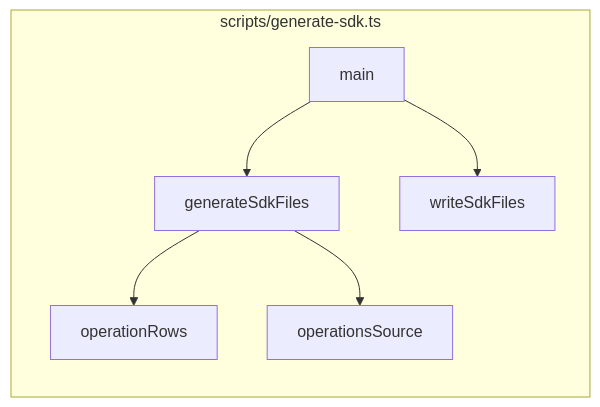
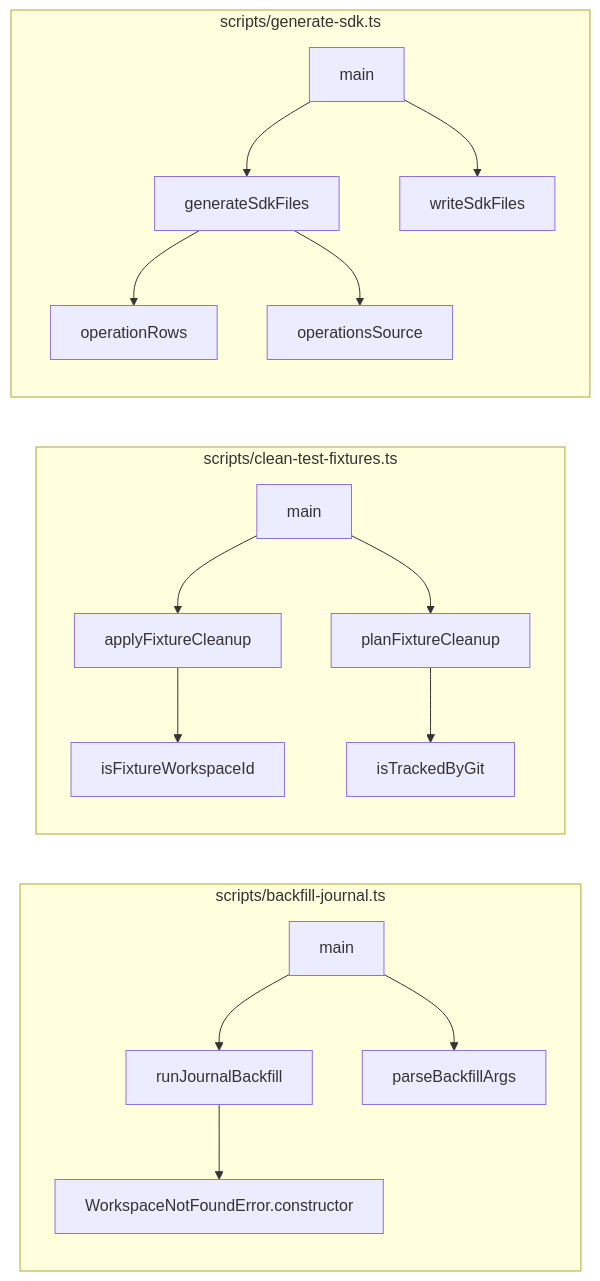
Before and after one commit to Jaydearcadian/bind: the ninth of 11 diagrams in docs/CODEBASE_MAP.md, drawn with Mermaid. The commit also changed other lines of this file and 36 other files, not shown here.

First line of the commit message:
fix: cleanup round for known defects (read-only ledger GET, typed pause error, atomic approvals, key collision, test hygiene)

````diff
--- a/docs/CODEBASE_MAP.md
+++ b/docs/CODEBASE_MAP.md
@@ -932,14 +918,34 @@
 ```mermaid
 flowchart LR
-  subgraph F0["scripts/generate-sdk.ts"]
-    n32["operationRows"]
-    n33["operationsSource"]
-    n34["generateSdkFiles"]
-    n35["writeSdkFiles"]
-    n36["main"]
+  subgraph F0["scripts/backfill-journal.ts"]
+    n32["WorkspaceNotFoundError.constructor"]
+    n33["parseBackfillArgs"]
+    n34["runJournalBackfill"]
+    n35["main"]
+  end
+  subgraph F1["scripts/clean-test-fixtures.ts"]
+    n36["isFixtureWorkspaceId"]
+    n37["isTrackedByGit"]
+    n38["planFixtureCleanup"]
+    n39["applyFixtureCleanup"]
+    n40["main"]
+  end
+  subgraph F2["scripts/generate-sdk.ts"]
+    n41["operationRows"]
+    n42["operationsSource"]
+    n43["generateSdkFiles"]
+    n44["writeSdkFiles"]
+    n45["main"]
   end
   n34 --> n32
-  n34 --> n33
-  n36 --> n35
-  n36 --> n34
+  n35 --> n33
+  n35 --> n34
+  n38 --> n37
+  n39 --> n36
+  n40 --> n38
+  n40 --> n39
+  n43 --> n41
+  n43 --> n42
+  n45 --> n44
+  n45 --> n43
 ```
````
